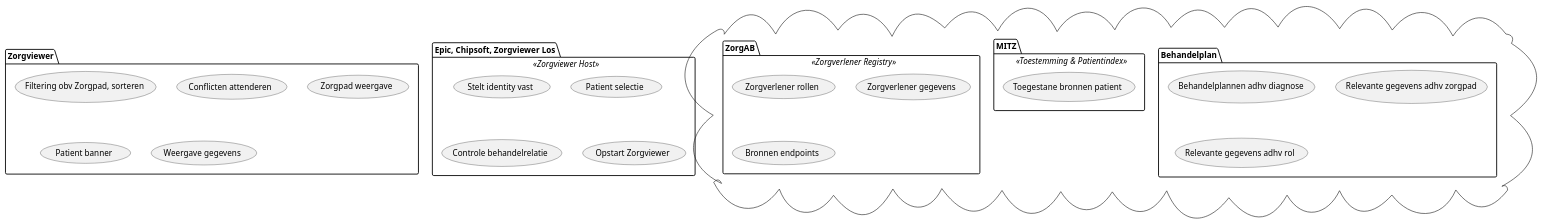
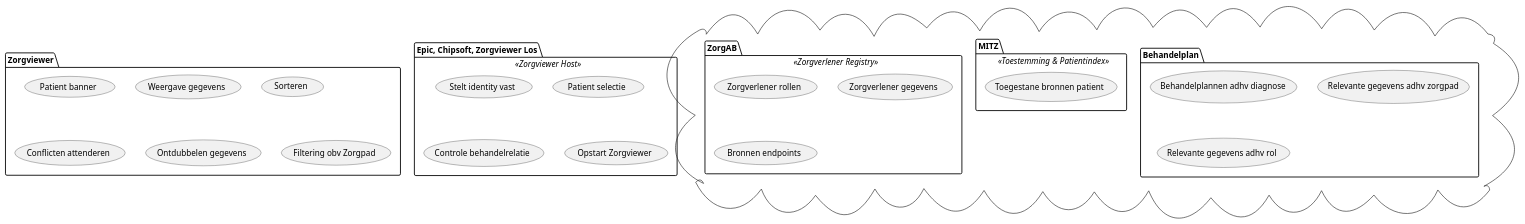
One commit to RIVO-Noord/zorgviewer-ig changed the diagram in input/images-source/Functionaliteiten.plantuml. Above: the diagram before and after it, drawn with PlantUML. The commit also changed 10 other files, not shown here.

```diff
--- a/input/images-source/Functionaliteiten.plantuml
+++ b/input/images-source/Functionaliteiten.plantuml
@@ -1,36 +1,37 @@
 @startuml
 
 'left to right direction
 
 package "Zorgviewer" {
- (Filtering obv Zorgpad, sorteren)
- (Conflicten attenderen)
- (Zorgpad weergave)
  (Patient banner)
  (Weergave gegevens)
+ (Sorteren)
+ (Conflicten attenderen)
+ (Ontdubbelen gegevens)
+ (Filtering obv Zorgpad)
 }
 
 package "Epic, Chipsoft, Zorgviewer Los" <<Zorgviewer Host>> {
  (Stelt identity vast)
  (Patient selectie)
  (Controle behandelrelatie)
  (Opstart Zorgviewer)
 }
 
 cloud {
  package [Behandelplan] {
   (Behandelplannen adhv diagnose)
   (Relevante gegevens adhv zorgpad)
   (Relevante gegevens adhv rol)
  }
  package [MITZ] <<Toestemming & Patientindex>> {
   (Toegestane bronnen patient)
  }
  package [ZorgAB] <<Zorgverlener Registry>> {
   (Zorgverlener rollen)
   (Zorgverlener gegevens)
   (Bronnen endpoints)
  }
 }
 
 @enduml
```
